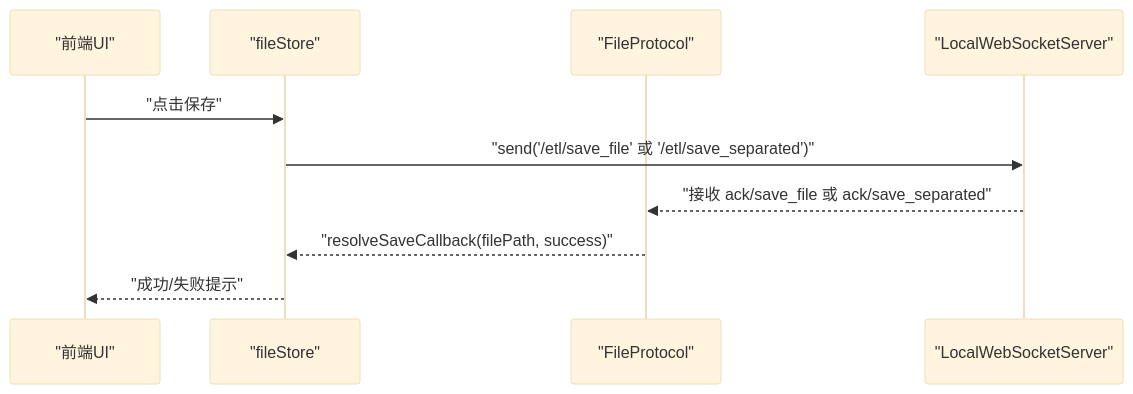
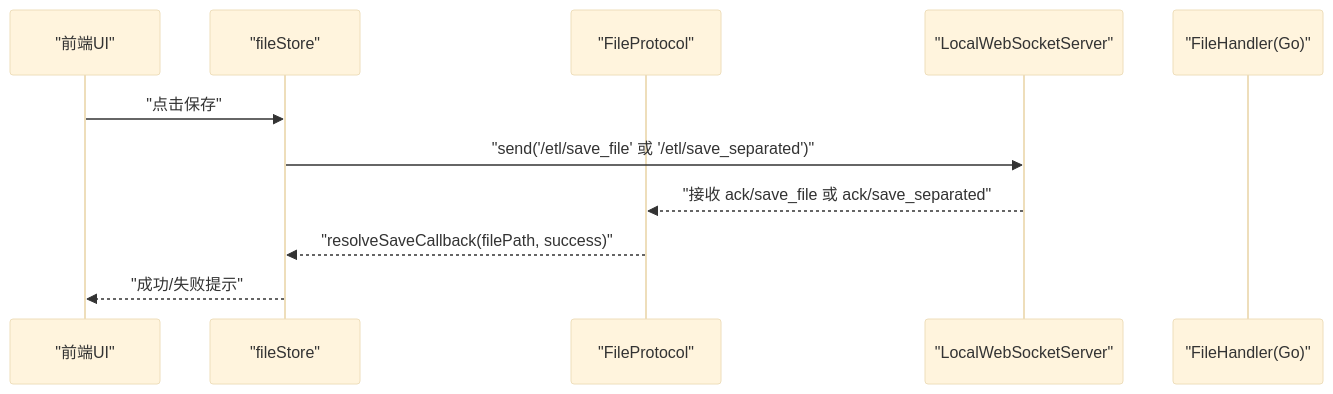
Before and after one commit to kqcoxn/MaaPipelineEditor: the fourth of 7 diagrams in .qoder/repowiki/zh/content/状态管理系统/文件状态管理.md, drawn with Mermaid (base theme). The commit also changed other lines of this file and 37 other files, not shown here.

````diff
--- a/.qoder/repowiki/zh/content/状态管理系统/文件状态管理.md
+++ b/.qoder/repowiki/zh/content/状态管理系统/文件状态管理.md
@@ -203,12 +219,13 @@
 ```mermaid
 sequenceDiagram
 participant UI as "前端UI"
 participant FS as "fileStore"
 participant FP as "FileProtocol"
 participant WS as "LocalWebSocketServer"
+participant FH as "FileHandler(Go)"
 UI->>FS : "点击保存"
 FS->>WS : "send('/etl/save_file' 或 '/etl/save_separated')"
 WS-->>FP : "接收 ack/save_file 或 ack/save_separated"
 FP-->>FS : "resolveSaveCallback(filePath, success)"
 FS-->>UI : "成功/失败提示"
 ```
````
